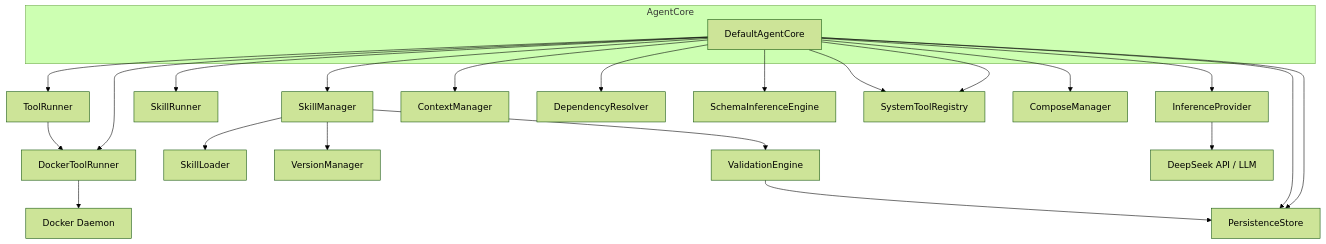
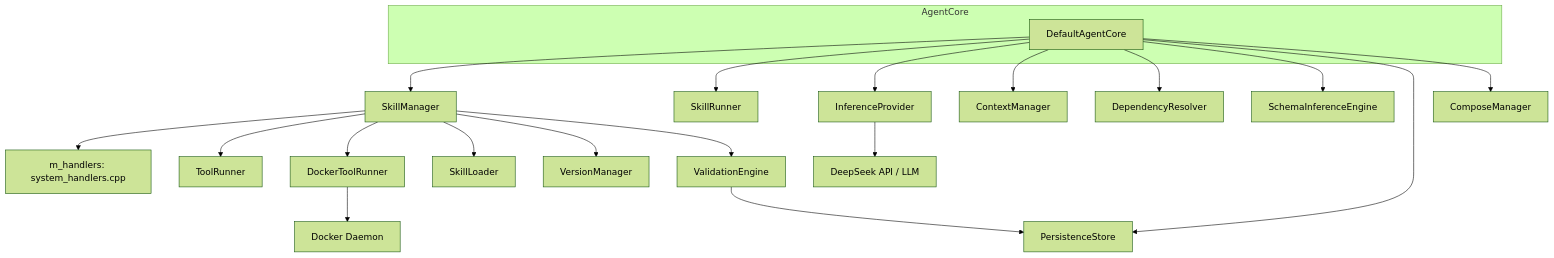
Before and after one commit to opensassi/a0: the first of 2 diagrams in src/agent_core.spec.md, drawn with Mermaid (forest theme). The commit also changed other lines of this file and 42 other files, not shown here.

````diff
--- a/src/agent_core.spec.md
+++ b/src/agent_core.spec.md
@@ -76,28 +64,25 @@
 ```mermaid
 graph TB
     subgraph AgentCore
         AC[DefaultAgentCore]
     end
 
     AC --> SM[SkillManager]
-    AC --> TR[ToolRunner]
+    SM --> HANDLERS[m_handlers: system_handlers.cpp]
+    SM --> TR[ToolRunner]
+    SM --> DTR[DockerToolRunner]
     AC --> SR[SkillRunner]
     AC --> IP[InferenceProvider]
     AC --> CM[ContextManager]
     AC --> DR[DependencyResolver]
     AC --> SIE[SchemaInferenceEngine]
-    AC --> ST[SystemToolRegistry]
     AC --> PS[PersistenceStore]
-    AC --> DTR[DockerToolRunner]
     AC --> CPM[ComposeManager]
-    AC --> ST[SystemToolRegistry]
-    AC --> PS[PersistenceStore]
 
     SM --> SL[SkillLoader]
     SM --> VM[VersionManager]
     SM --> VE[ValidationEngine]
     VE --> PS
-    TR --> DTR
     DTR --> DC[Docker Daemon]
     IP --> LLM[DeepSeek API / LLM]
 ```
````
